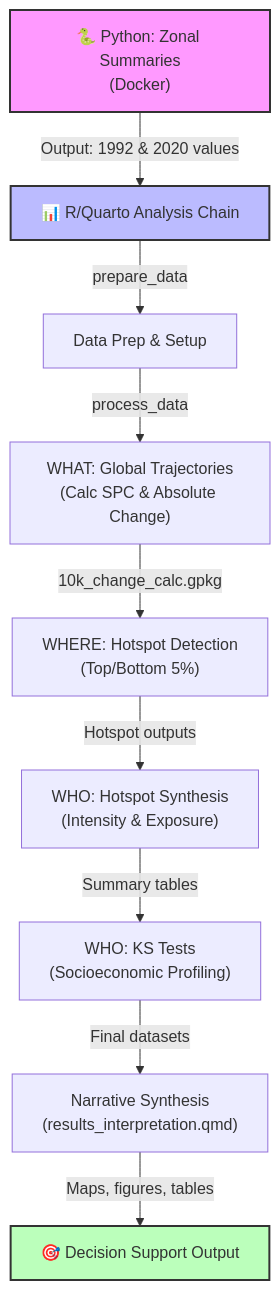
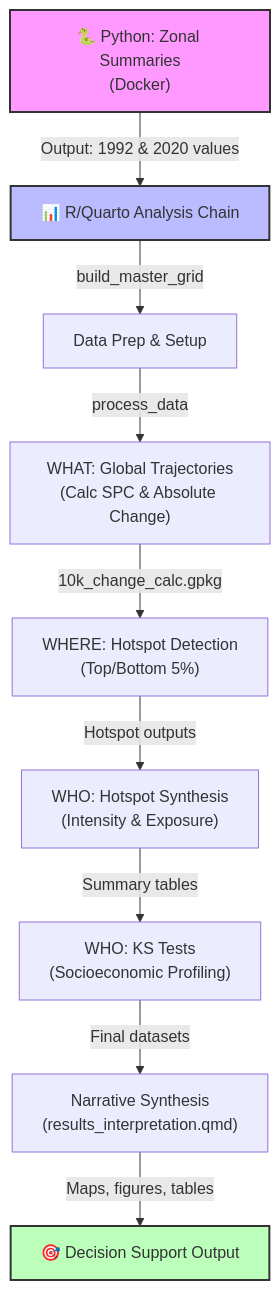
One commit to springinnovate/global_NCP changed the diagram in docs/presentations/presentation.qmd. Above: the diagram before and after it, drawn with Mermaid. The commit also changed 5 other files, not shown here.

````diff
--- a/docs/presentations/presentation.qmd
+++ b/docs/presentations/presentation.qmd
@@ -257,16 +257,16 @@
 ```mermaid
 flowchart TD
     Python["🐍 Python: Zonal Summaries<br/>(Docker)"] -->|Output: 1992 & 2020 values| R["📊 R/Quarto Analysis Chain"]
     
-    R -->|prepare_data| A["Data Prep & Setup"]
+    R -->|build_master_grid| A["Data Prep & Setup"]
     A -->|process_data| B["WHAT: Global Trajectories<br/>(Calc SPC & Absolute Change)"]
     B -->|10k_change_calc.gpkg| C["WHERE: Hotspot Detection<br/>(Top/Bottom 5%)"]
     C -->|Hotspot outputs| D["WHO: Hotspot Synthesis<br/>(Intensity & Exposure)"]
     D -->|Summary tables| E["WHO: KS Tests<br/>(Socioeconomic Profiling)"]
     E -->|Final datasets| F["Narrative Synthesis<br/>(results_interpretation.qmd)"]
     F -->|Maps, figures, tables| G["🎯 Decision Support Output"]
     
     style Python fill:#f9f,stroke:#333,stroke-width:2px
     style R fill:#bbf,stroke:#333,stroke-width:2px
     style G fill:#bfb,stroke:#333,stroke-width:2px
 ```
````
